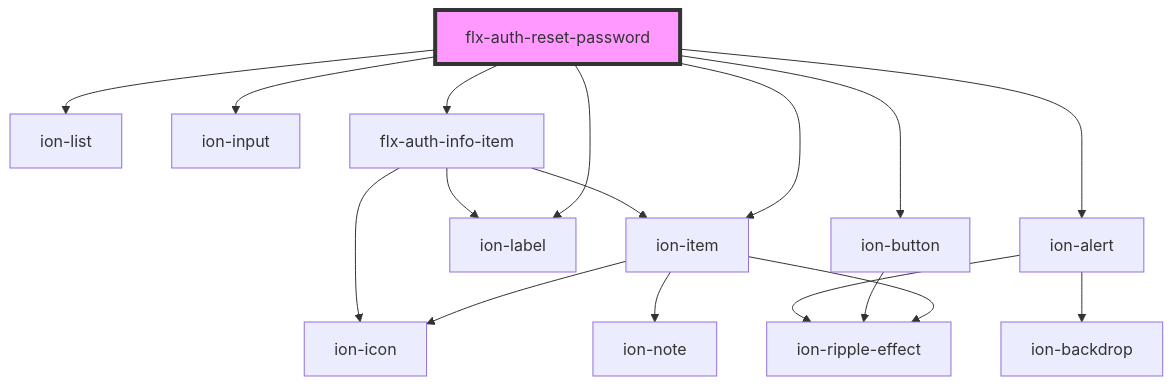
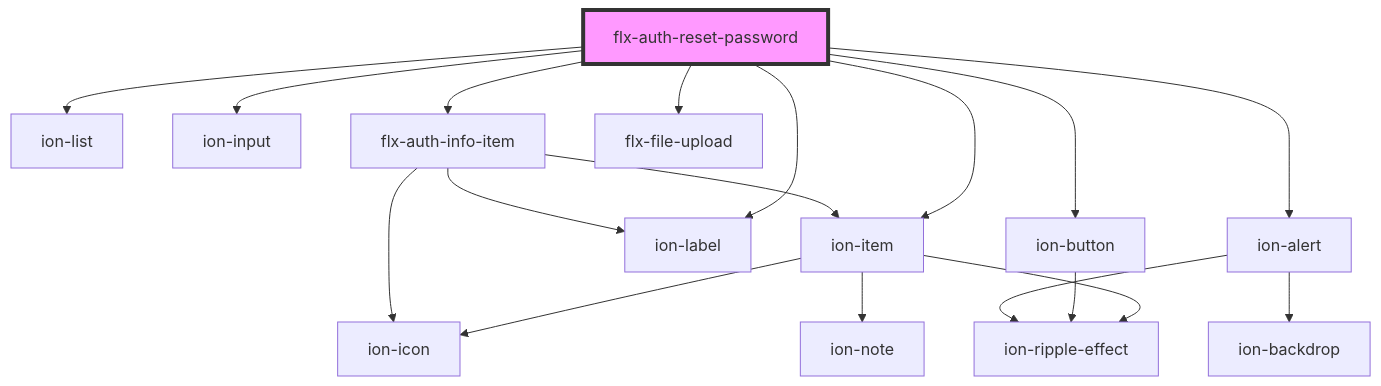
Before and after one commit to Scan0815/felix-core: the diagram in src/components/auth/reset-password/readme.md, drawn with Mermaid. The commit also changed other lines of this file and 7 other files, not shown here.

````diff
--- a/src/components/auth/reset-password/readme.md
+++ b/src/components/auth/reset-password/readme.md
@@ -51,20 +52,21 @@
 ```mermaid
 graph TD;
   flx-auth-reset-password --> ion-list
   flx-auth-reset-password --> ion-item
   flx-auth-reset-password --> ion-label
   flx-auth-reset-password --> ion-input
   flx-auth-reset-password --> flx-auth-info-item
   flx-auth-reset-password --> ion-button
+  flx-auth-reset-password --> flx-file-upload
   flx-auth-reset-password --> ion-alert
   ion-item --> ion-icon
   ion-item --> ion-ripple-effect
   ion-item --> ion-note
   flx-auth-info-item --> ion-item
   flx-auth-info-item --> ion-icon
   flx-auth-info-item --> ion-label
   ion-button --> ion-ripple-effect
   ion-alert --> ion-ripple-effect
   ion-alert --> ion-backdrop
   style flx-auth-reset-password fill:#f9f,stroke:#333,stroke-width:4px
 ```
````
